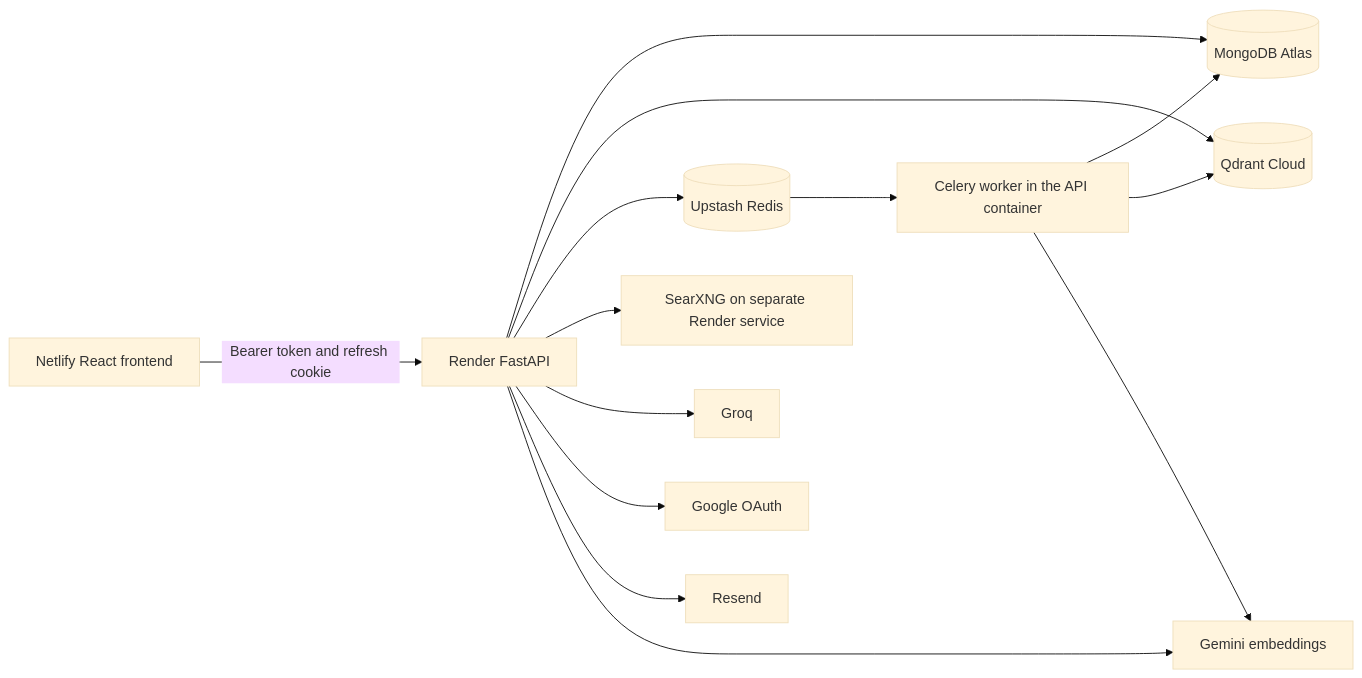
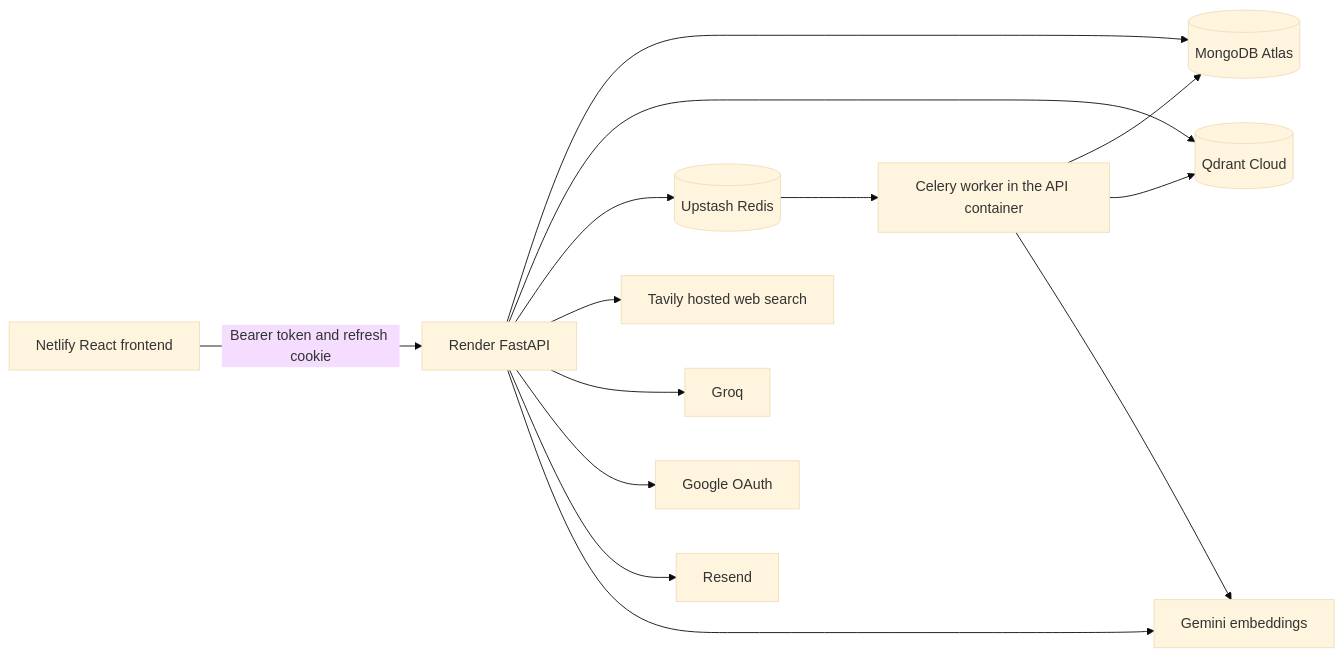
One commit to akhhilreddy/AskLaw changed the first of 2 diagrams in README.md. Above: the diagram before and after it, drawn with Mermaid (base theme). The commit also changed other lines of this file, not shown here.

Commit message:
docs: update deployed status for Tavily and Before You Sign

````diff
--- a/README.md
+++ b/README.md
@@ -73,16 +125,16 @@
 ```mermaid
 flowchart LR
     Browser[Netlify React frontend] -->|Bearer token and refresh cookie| API[Render FastAPI]
     API --> Mongo[(MongoDB Atlas)]
     API --> Qdrant[(Qdrant Cloud)]
     API --> Redis[(Upstash Redis)]
     Redis --> Worker[Celery worker in the API container]
     Worker --> Mongo
     Worker --> Qdrant
-    API --> Search[SearXNG on separate Render service]
+    API --> Search[Tavily hosted web search]
     API --> Groq[Groq]
     API --> Google[Google OAuth]
     API --> Resend[Resend]
     API --> Gemini[Gemini embeddings]
     Worker --> Gemini
 ```
````
